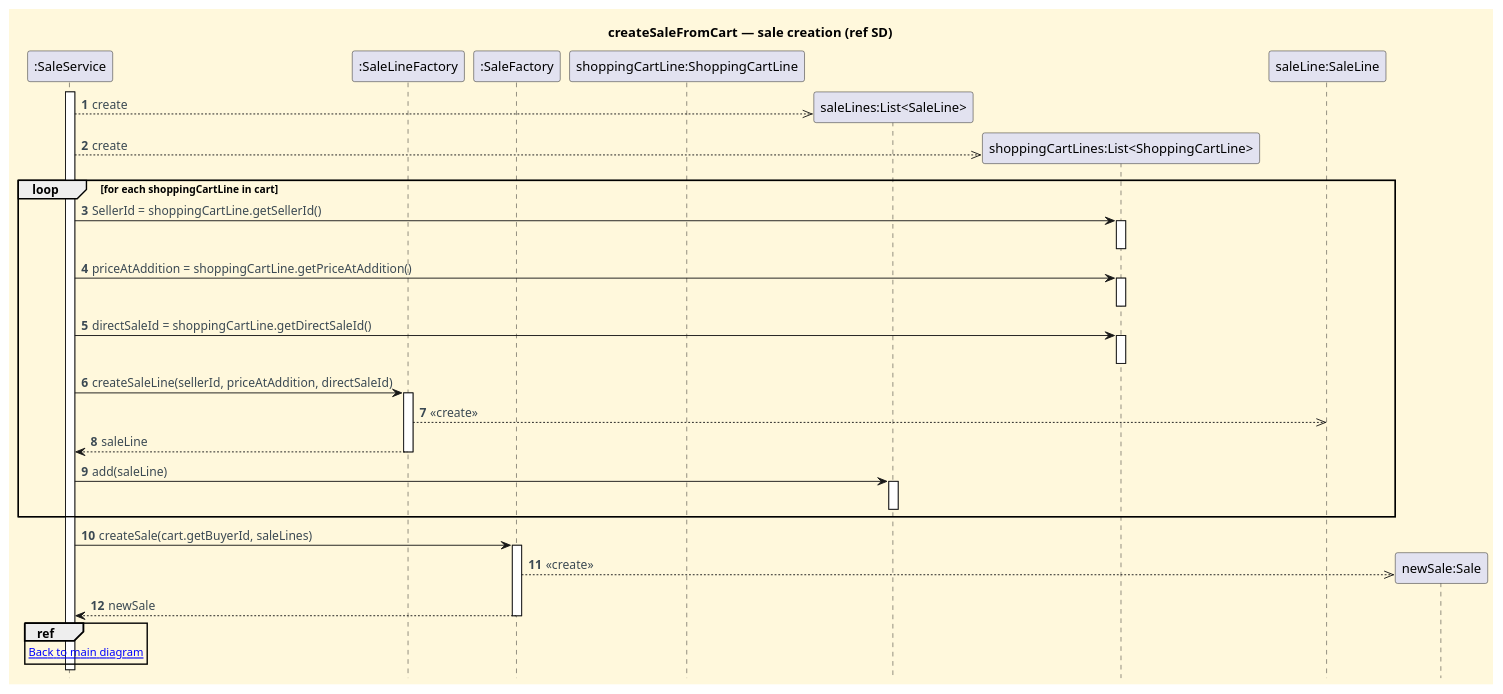
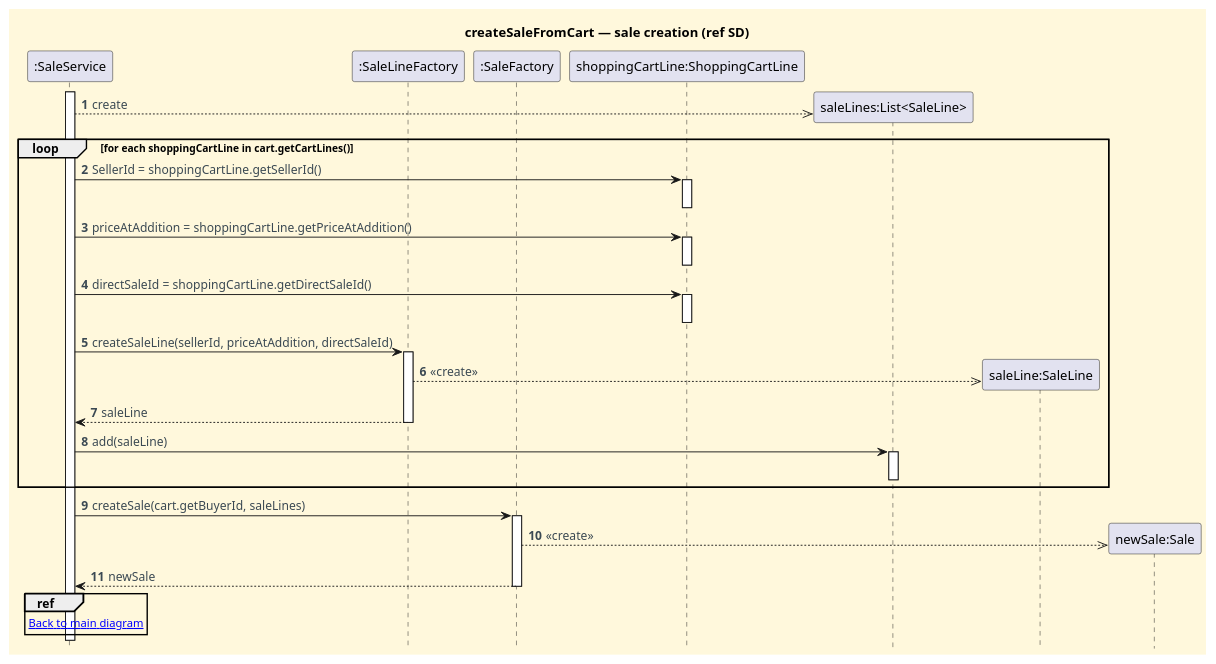
The diagram in docs/client-server-diagrams/buy-item-on-direct-sale/rest-sd-ref-diagrams/saleCreation.puml (CarolinaLeite-collab/JavaMarketplacePlatform), drawn with PlantUML before and after one commit. The commit also changed 3 other files, not shown here.

```diff
--- a/docs/client-server-diagrams/buy-item-on-direct-sale/rest-sd-ref-diagrams/saleCreation.puml
+++ b/docs/client-server-diagrams/buy-item-on-direct-sale/rest-sd-ref-diagrams/saleCreation.puml
@@ -1,66 +1,62 @@
 @startuml
 title createSaleFromCart — sale creation (ref SD)
 
 skinparam monochrome false
 skinparam shadowing false
 skinparam defaultFontName Futura
 skinparam objectFontSize 20
 skinparam backgroundColor CornSilk
 skinparam objectBackgroundColor WhiteSmoke
 skinparam noteBackgroundColor #FFFFE0
 skinparam ArrowFontColor #3B4953
 skinparam ActivationBackgroundColor black
 hidefootbox
 autonumber
 
 participant ":SaleService" as Service
 participant ":SaleLineFactory" as SaleLineFactory
 participant ":SaleFactory" as SaleFactory
-participant "saleLine:SaleLine" as SaleLine
-participant "shoppingCartLine:ShoppingCartLine" as SCLine
+participant "shoppingCartLine:ShoppingCartLine" as SCLines
 
 activate Service
 
 create "saleLines:List<SaleLine>" as SaleLines
 Service -->> SaleLines : create
 
-create "shoppingCartLines:List<ShoppingCartLine>" as SCLines
-Service -->> SCLines : create
-
-loop for each shoppingCartLine in cart
+loop for each shoppingCartLine in cart.getCartLines()
 
 Service -> SCLines : SellerId = shoppingCartLine.getSellerId()
 activate SCLines
 deactivate SCLines
 Service -> SCLines : priceAtAddition = shoppingCartLine.getPriceAtAddition()
 activate SCLines
 deactivate SCLines
 Service -> SCLines : directSaleId = shoppingCartLine.getDirectSaleId()
 activate SCLines
 deactivate SCLines
 
 Service -> SaleLineFactory : createSaleLine(sellerId, priceAtAddition, directSaleId)
 create "saleLine:SaleLine" as SaleLine
 activate SaleLineFactory
 SaleLineFactory -->> SaleLine : <<create>>
 SaleLineFactory --> Service : saleLine
 deactivate SaleLineFactory
 
 Service -> SaleLines : add(saleLine)
 activate SaleLines
 deactivate SaleLines
 
 end loop
 
 Service -> SaleFactory : createSale(cart.getBuyerId, saleLines)
 activate SaleFactory
 create "newSale:Sale" as newSale
 SaleFactory -->> newSale : <<create>>
 SaleFactory --> Service : newSale
 deactivate SaleFactory
 
 ref over Service
 [[./POST_sale.puml Back to main diagram]]
 end ref
 
 @enduml
```
